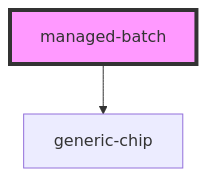
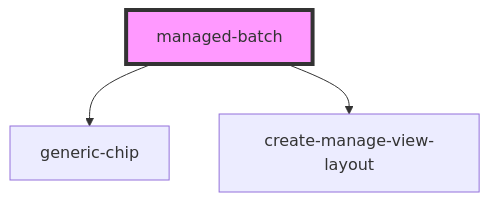
Before and after one commit to PharmaLedger-IMI/fgt-workspace: the diagram in pdm-web-components/src/components/managed-batch/readme.md, drawn with Mermaid. The commit also changed other lines of this file and 20 other files, not shown here.

````diff
--- a/pdm-web-components/src/components/managed-batch/readme.md
+++ b/pdm-web-components/src/components/managed-batch/readme.md
@@ -53,5 +55,6 @@
 ```mermaid
 graph TD;
   managed-batch --> generic-chip
+  managed-batch --> create-manage-view-layout
   style managed-batch fill:#f9f,stroke:#333,stroke-width:4px
 ```
````
